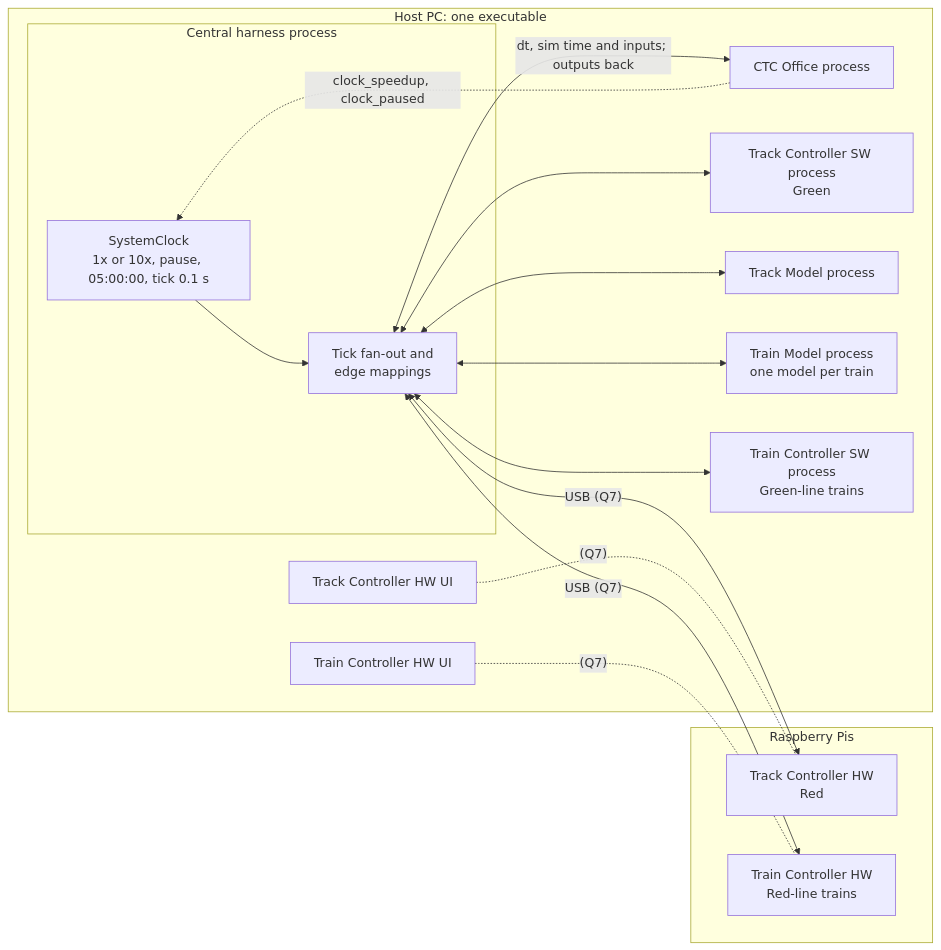
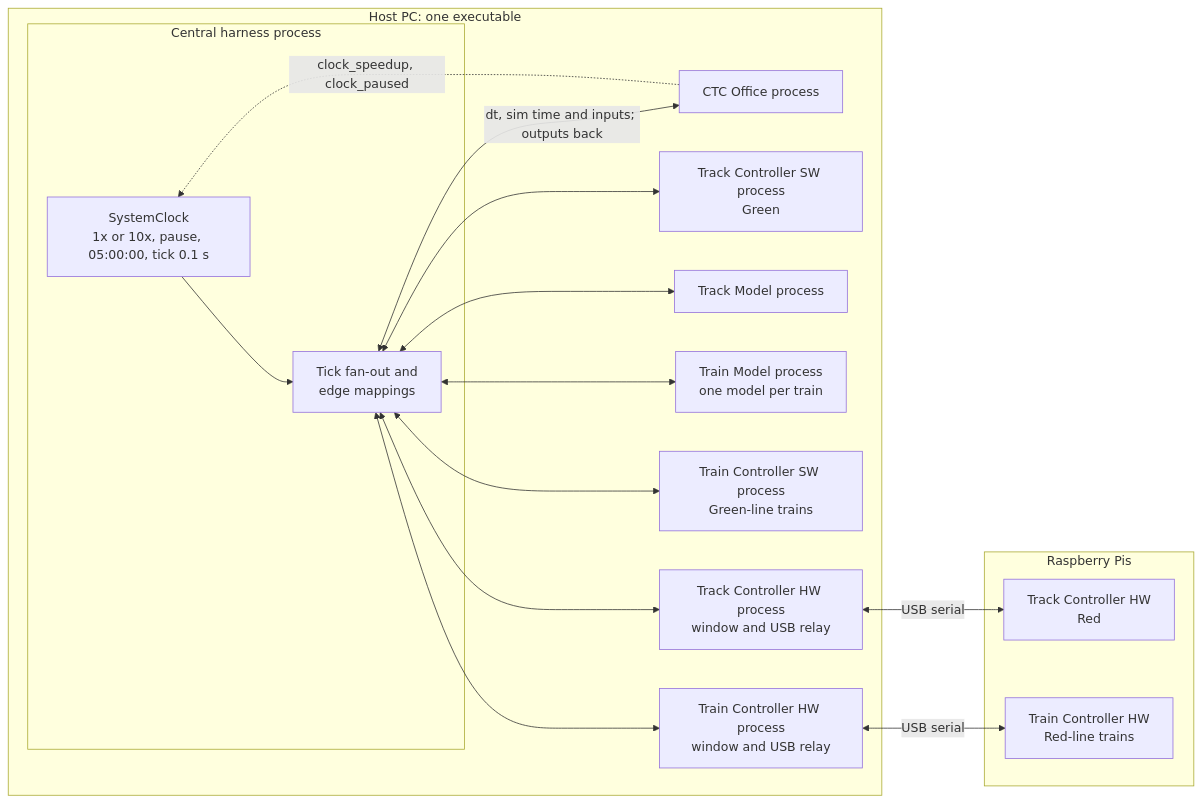
One commit to Landiss04/Track-Overflow changed the diagram in documents/system-integration-design.md. Above: the diagram before and after it, drawn with Mermaid. The commit also changed other lines of this file, not shown here.

First line of the commit message:
Integration design v0.6: door interlock, event logger, USB link

````diff
--- a/documents/system-integration-design.md
+++ b/documents/system-integration-design.md
@@ -506,31 +510,31 @@
 ```mermaid
 flowchart LR
     subgraph PC["Host PC: one executable"]
         subgraph H["Central harness process"]
             CLK["SystemClock<br/>1x or 10x, pause, 05:00:00, tick 0.1 s"]
             HUB["Tick fan-out and<br/>edge mappings"]
         end
         CTC["CTC Office process"]
         TKS["Track Controller SW process<br/>Green"]
         TKM["Track Model process"]
         TRM["Train Model process<br/>one model per train"]
         TCS["Train Controller SW process<br/>Green-line trains"]
-        TKHU["Track Controller HW UI"]
-        TCHU["Train Controller HW UI"]
+        TKHU["Track Controller HW process<br/>window and USB relay"]
+        TCHU["Train Controller HW process<br/>window and USB relay"]
     end
     subgraph PI["Raspberry Pis"]
         TKH["Track Controller HW<br/>Red"]
         TCH["Train Controller HW<br/>Red-line trains"]
     end
     CLK --> HUB
     HUB <-->|"dt, sim time and inputs; outputs back"| CTC
     HUB <--> TKS
     HUB <--> TKM
     HUB <--> TRM
     HUB <--> TCS
-    HUB <-->|"USB (Q7)"| TKH
-    HUB <-->|"USB (Q7)"| TCH
+    HUB <--> TKHU
+    HUB <--> TCHU
     CTC -.->|"clock_speedup, clock_paused"| CLK
-    TKHU -.-|"(Q7)"| TKH
-    TCHU -.-|"(Q7)"| TCH
+    TKHU <-->|"USB serial"| TKH
+    TCHU <-->|"USB serial"| TCH
 ```
````
